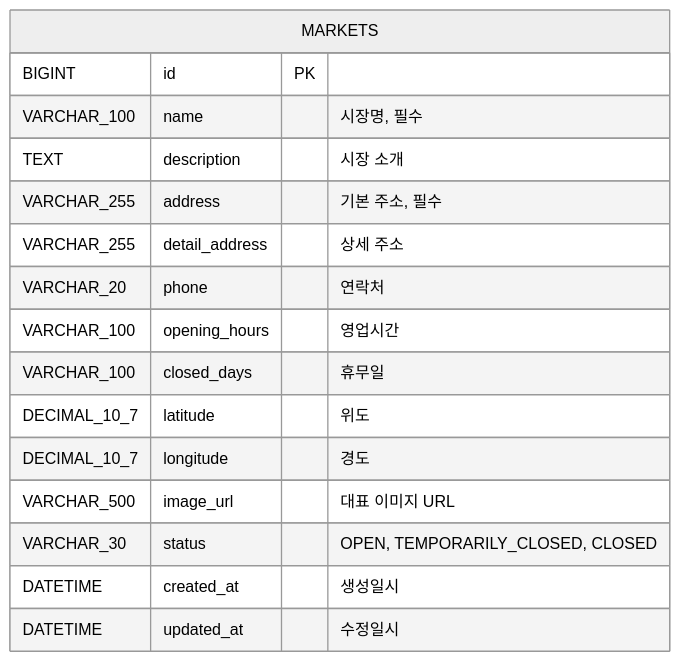
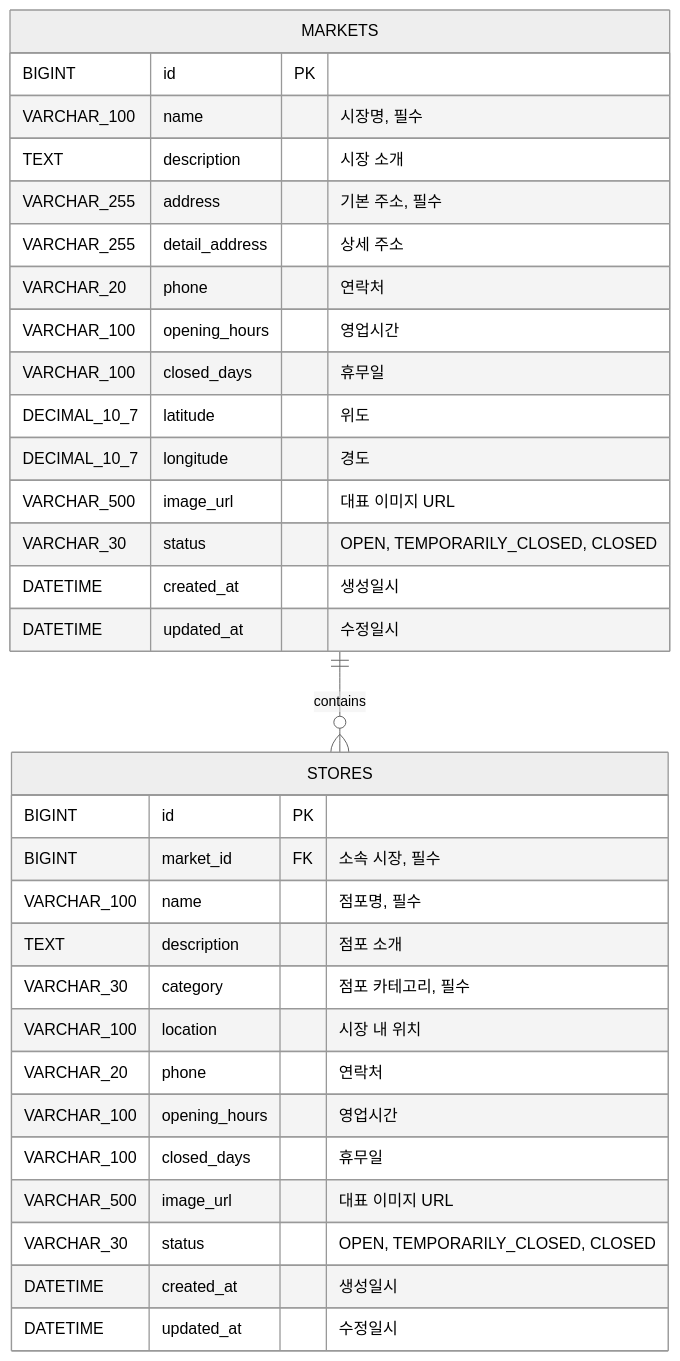
One commit to oddoos7/traditional-market changed the diagram in docs/erd.md. Above: the diagram before and after it, drawn with Mermaid (neutral theme). The commit also changed other lines of this file and 14 other files, not shown here.

Commit message:
점포 ERD 및 목록 API 구현

````diff
--- a/docs/erd.md
+++ b/docs/erd.md
@@ -5,19 +5,37 @@
 ```mermaid
 erDiagram
+    MARKETS ||--o{ STORES : contains
+
     MARKETS {
         BIGINT id PK
         VARCHAR_100 name "시장명, 필수"
         TEXT description "시장 소개"
         VARCHAR_255 address "기본 주소, 필수"
         VARCHAR_255 detail_address "상세 주소"
         VARCHAR_20 phone "연락처"
         VARCHAR_100 opening_hours "영업시간"
         VARCHAR_100 closed_days "휴무일"
         DECIMAL_10_7 latitude "위도"
         DECIMAL_10_7 longitude "경도"
         VARCHAR_500 image_url "대표 이미지 URL"
         VARCHAR_30 status "OPEN, TEMPORARILY_CLOSED, CLOSED"
         DATETIME created_at "생성일시"
         DATETIME updated_at "수정일시"
     }
+
+    STORES {
+        BIGINT id PK
+        BIGINT market_id FK "소속 시장, 필수"
+        VARCHAR_100 name "점포명, 필수"
+        TEXT description "점포 소개"
+        VARCHAR_30 category "점포 카테고리, 필수"
+        VARCHAR_100 location "시장 내 위치"
+        VARCHAR_20 phone "연락처"
+        VARCHAR_100 opening_hours "영업시간"
+        VARCHAR_100 closed_days "휴무일"
+        VARCHAR_500 image_url "대표 이미지 URL"
+        VARCHAR_30 status "OPEN, TEMPORARILY_CLOSED, CLOSED"
+        DATETIME created_at "생성일시"
+        DATETIME updated_at "수정일시"
+    }
 ```
````
